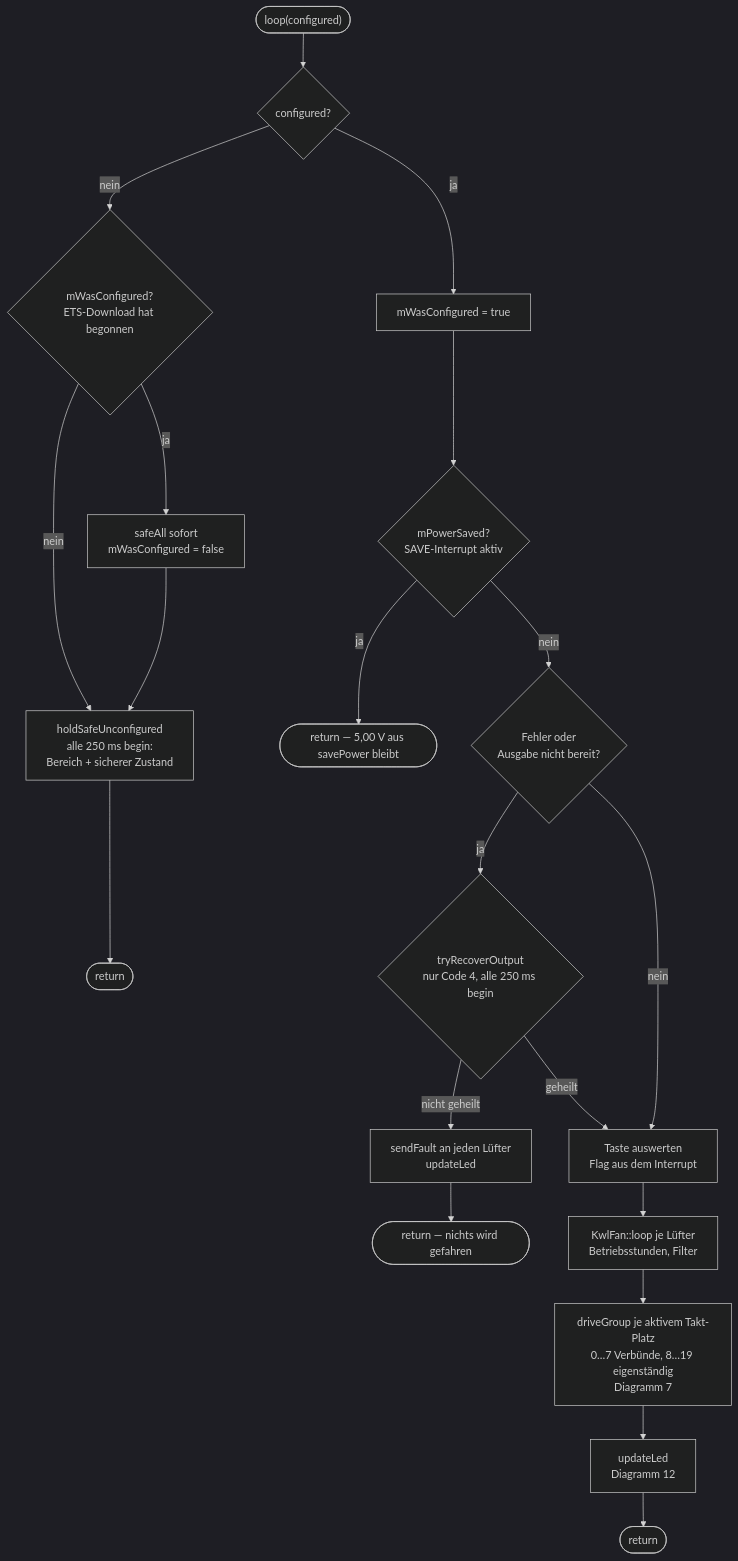
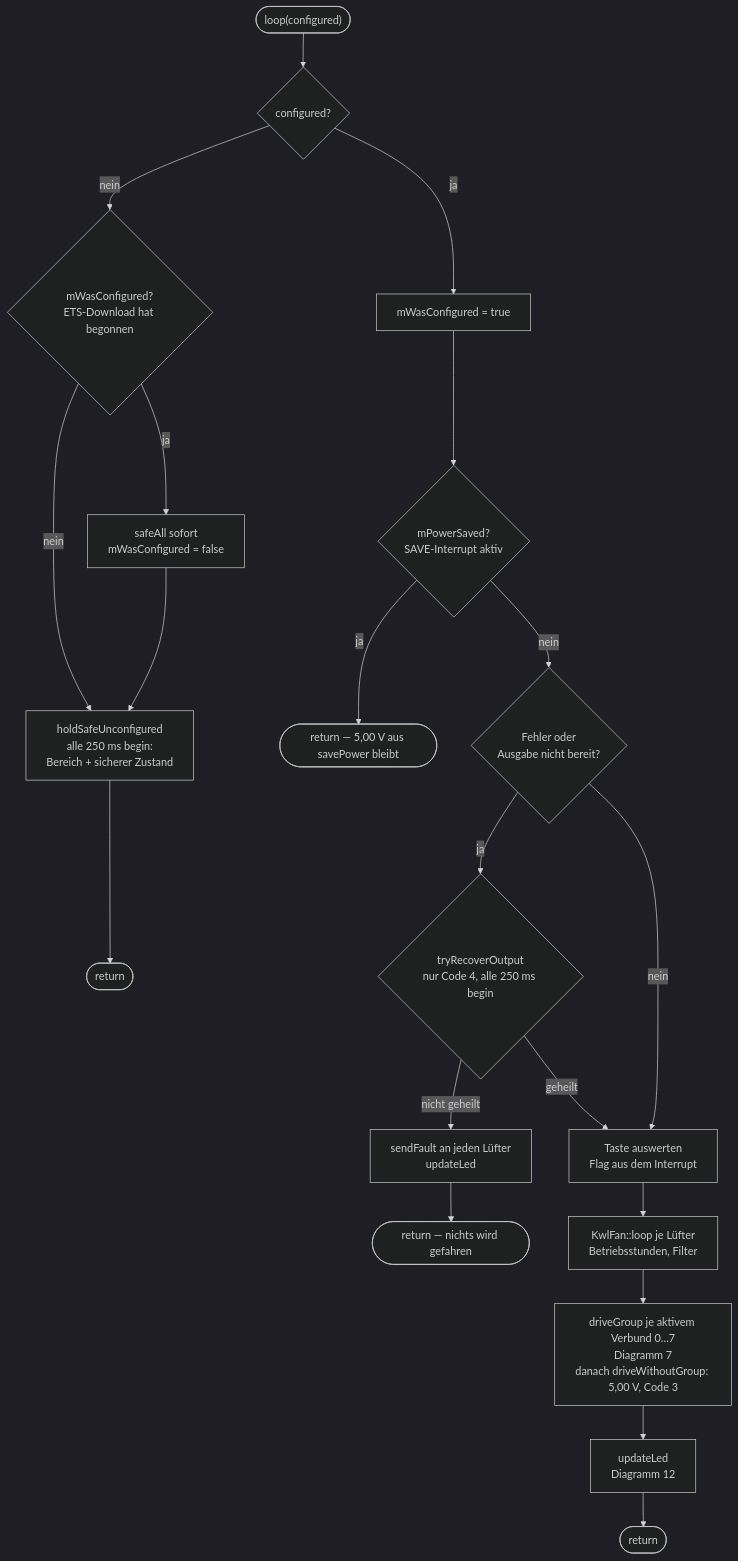
Before and after one commit to gosanman/OAM-LunosControl: the fourth of 12 diagrams in docs/Ablaufdiagramme.md, drawn with Mermaid (dark theme). The commit also changed other lines of this file and 11 other files, not shown here.

````diff
--- a/docs/Ablaufdiagramme.md
+++ b/docs/Ablaufdiagramme.md
@@ -161,26 +161,26 @@
 ```mermaid
 flowchart TD
     L(["loop(configured)"]) --> Q1{"configured?"}
 
     Q1 -->|"nein"| W1{"mWasConfigured?<br/>ETS-Download hat begonnen"}
     W1 -->|"ja"| W2["safeAll sofort<br/>mWasConfigured = false"]
     W1 -->|"nein"| H1
     W2 --> H1["holdSafeUnconfigured<br/>alle 250 ms begin:<br/>Bereich + sicherer Zustand"]
     H1 --> RET1(["return"])
 
     Q1 -->|"ja"| M1["mWasConfigured = true"]
     M1 --> Q2{"mPowerSaved?<br/>SAVE-Interrupt aktiv"}
     Q2 -->|"ja"| RET2(["return — 5,00 V aus savePower bleibt"])
     Q2 -->|"nein"| Q3{"Fehler oder<br/>Ausgabe nicht bereit?"}
 
     Q3 -->|"ja"| R1{"tryRecoverOutput<br/>nur Code 4, alle 250 ms begin"}
     R1 -->|"geheilt"| RUN
     R1 -->|"nicht geheilt"| F1["sendFault an jeden Lüfter<br/>updateLed"]
     F1 --> RET3(["return — nichts wird gefahren"])
 
     Q3 -->|"nein"| RUN["Taste auswerten<br/>Flag aus dem Interrupt"]
     RUN --> FL["KwlFan::loop je Lüfter<br/>Betriebsstunden, Filter"]
-    FL --> DG["driveGroup je aktivem Takt-Platz<br/>0…7 Verbünde, 8…19 eigenständig<br/>Diagramm 7"]
+    FL --> DG["driveGroup je aktivem Verbund 0…7<br/>Diagramm 7<br/>danach driveWithoutGroup: 5,00 V, Code 3"]
     DG --> LED["updateLed<br/>Diagramm 12"]
     LED --> RET4(["return"])
 ```
````
